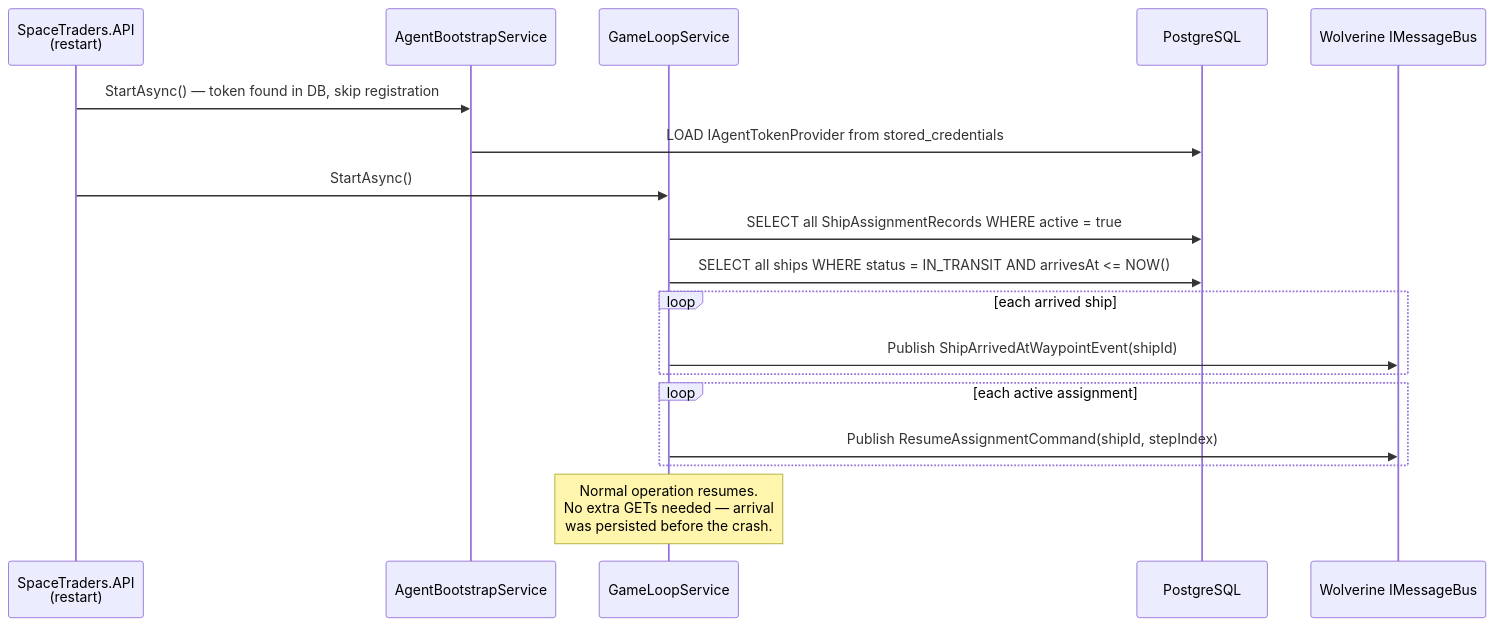
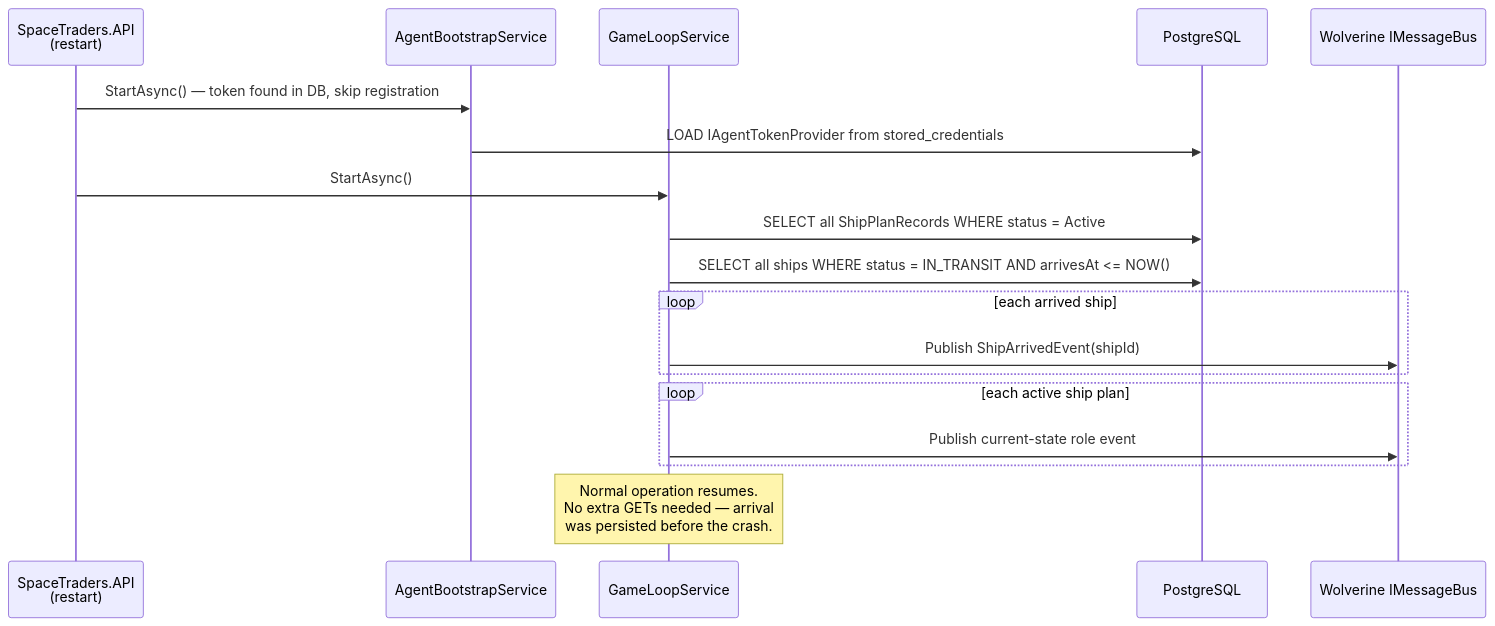
One commit to Gemberkoekje/projects changed the third of 3 diagrams in SpaceTraders/docs/plan/16-sequence-flows.md. Above: the diagram before and after it, drawn with Mermaid. The commit also changed other lines of this file and 47 other files, not shown here.

First line of the commit message:
feat: implement race condition prevention - StartupRecoveryService refactor - Remove redundant database updates from recovery path   * Sync already persists current API state to database   * Recovery only needs to emit events to resume automation   * Prevents double writes and inconsistent state

````diff
--- a/SpaceTraders/docs/plan/16-sequence-flows.md
+++ b/SpaceTraders/docs/plan/16-sequence-flows.md
@@ -119,25 +121,25 @@
 ```mermaid
 sequenceDiagram
     participant App as SpaceTraders.API<br/>(restart)
     participant ABS as AgentBootstrapService
     participant GLS as GameLoopService
     participant DB as PostgreSQL
     participant MB as Wolverine IMessageBus
 
     App->>ABS: StartAsync() — token found in DB, skip registration
     ABS->>DB: LOAD IAgentTokenProvider from stored_credentials
 
     App->>GLS: StartAsync()
-    GLS->>DB: SELECT all ShipAssignmentRecords WHERE active = true
+    GLS->>DB: SELECT all ShipPlanRecords WHERE status = Active
     GLS->>DB: SELECT all ships WHERE status = IN_TRANSIT AND arrivesAt <= NOW()
 
     loop each arrived ship
-        GLS->>MB: Publish ShipArrivedAtWaypointEvent(shipId)
+        GLS->>MB: Publish ShipArrivedEvent(shipId)
     end
 
-    loop each active assignment
-        GLS->>MB: Publish ResumeAssignmentCommand(shipId, stepIndex)
+    loop each active ship plan
+        GLS->>MB: Publish current-state role event
     end
 
     Note over GLS: Normal operation resumes.<br/>No extra GETs needed — arrival<br/>was persisted before the crash.
 ```
````
